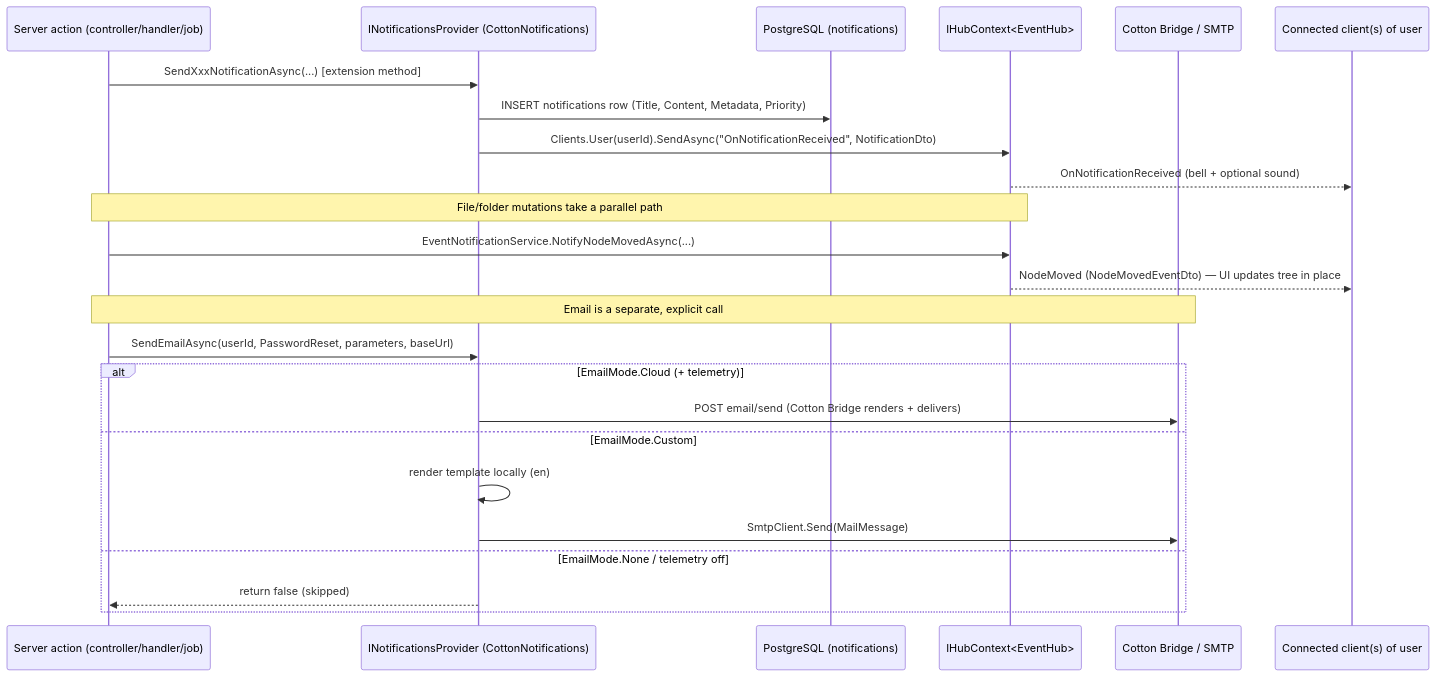
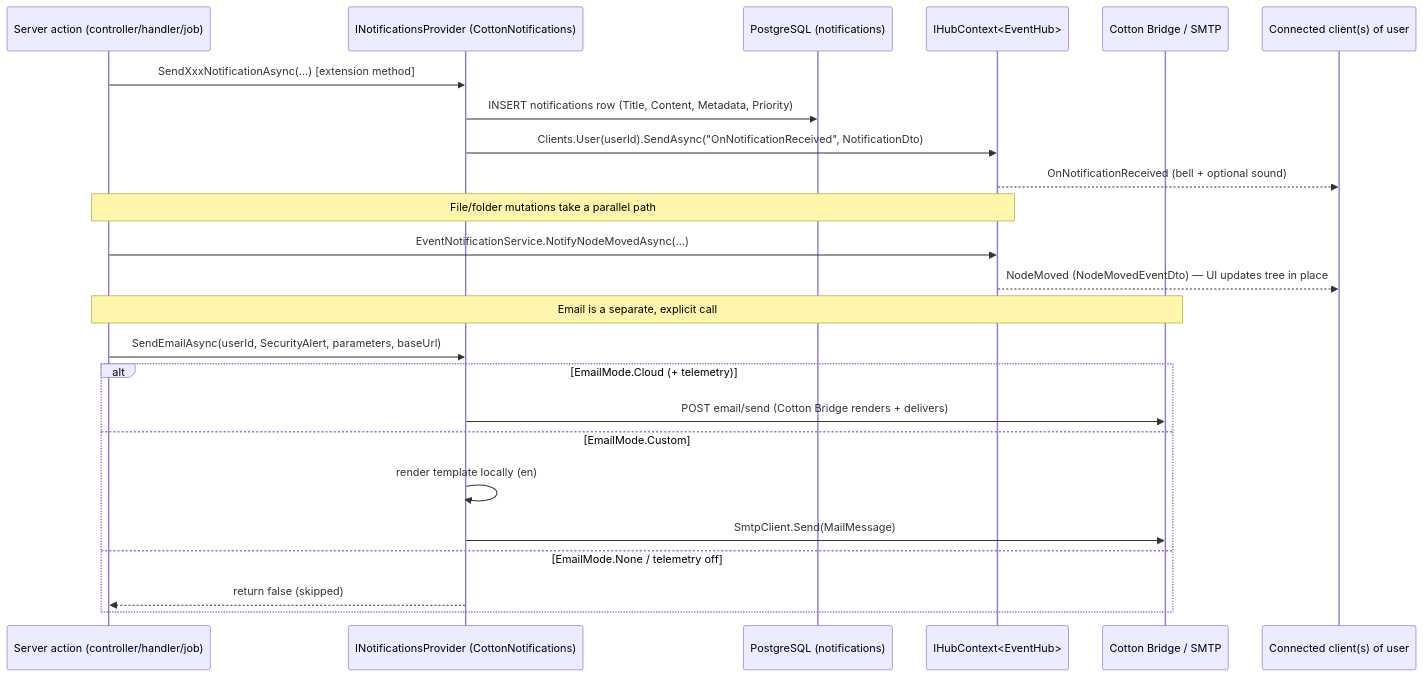
Before and after one commit to bvdcode/cotton: the second of 2 diagrams in docs/technical/16-realtime-notifications-email.md, drawn with Mermaid. The commit also changed other lines of this file and 7 other files, not shown here.

Commit message:
feat(notifications): enhance security email notifications and add recording provider for tests

````diff
--- a/docs/technical/16-realtime-notifications-email.md
+++ b/docs/technical/16-realtime-notifications-email.md
@@ -351,29 +355,29 @@
 ```mermaid
 sequenceDiagram
     participant Action as Server action (controller/handler/job)
     participant Notif as INotificationsProvider (CottonNotifications)
     participant DB as PostgreSQL (notifications)
     participant Hub as IHubContext<EventHub>
     participant Bridge as Cotton Bridge / SMTP
     participant Client as Connected client(s) of user
 
     Action->>Notif: SendXxxNotificationAsync(...)  [extension method]
     Notif->>DB: INSERT notifications row (Title, Content, Metadata, Priority)
     Notif->>Hub: Clients.User(userId).SendAsync("OnNotificationReceived", NotificationDto)
     Hub-->>Client: OnNotificationReceived (bell + optional sound)
 
     note over Action,Hub: File/folder mutations take a parallel path
     Action->>Hub: EventNotificationService.NotifyNodeMovedAsync(...)
     Hub-->>Client: NodeMoved (NodeMovedEventDto) — UI updates tree in place
 
     note over Action,Bridge: Email is a separate, explicit call
-    Action->>Notif: SendEmailAsync(userId, PasswordReset, parameters, baseUrl)
+    Action->>Notif: SendEmailAsync(userId, SecurityAlert, parameters, baseUrl)
     alt EmailMode.Cloud (+ telemetry)
         Notif->>Bridge: POST email/send (Cotton Bridge renders + delivers)
     else EmailMode.Custom
         Notif->>Notif: render template locally (en)
         Notif->>Bridge: SmtpClient.Send(MailMessage)
     else EmailMode.None / telemetry off
         Notif-->>Action: return false (skipped)
     end
 ```
````
